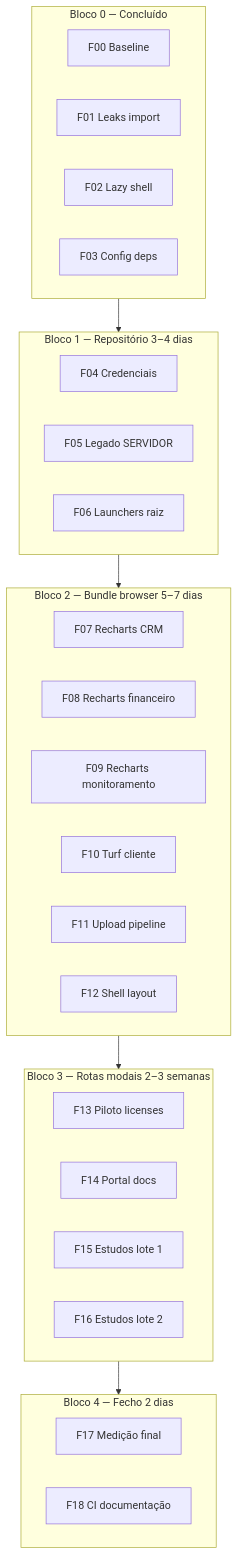
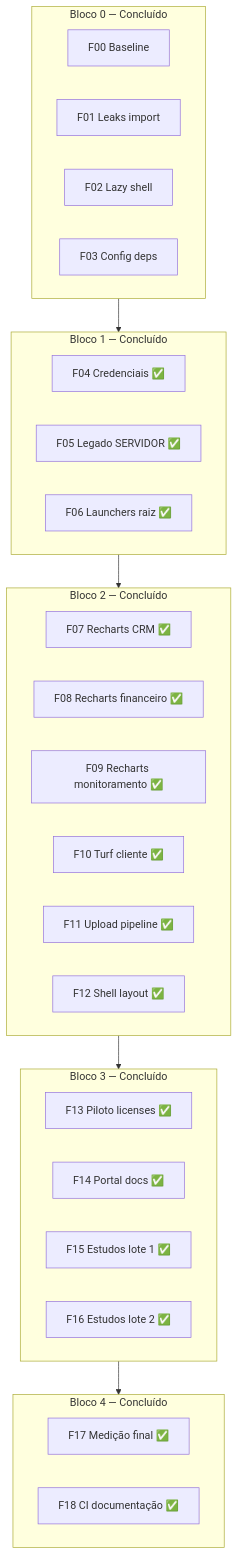
The diagram in docs/PERF-ROADMAP-DETALHADO.md (olimpiossdx/AmbientaR), drawn with Mermaid before and after one commit. The commit also changed other lines of this file and 7 other files, not shown here.

First line of the commit message:
docs(perf): fecha roadmap F00-G2 com scripts de debug e smoke

````diff
--- a/docs/PERF-ROADMAP-DETALHADO.md
+++ b/docs/PERF-ROADMAP-DETALHADO.md
@@ -32,33 +34,33 @@
 ```mermaid
 flowchart TB
   subgraph bloco0 [Bloco 0 — Concluído]
     F00[F00 Baseline]
     F01[F01 Leaks import]
     F02[F02 Lazy shell]
     F03[F03 Config deps]
   end
-  subgraph bloco1 [Bloco 1 — Repositório 3–4 dias]
-    F04[F04 Credenciais]
-    F05[F05 Legado SERVIDOR]
-    F06[F06 Launchers raiz]
+  subgraph bloco1 [Bloco 1 — Concluído]
+    F04[F04 Credenciais ✅]
+    F05[F05 Legado SERVIDOR ✅]
+    F06[F06 Launchers raiz ✅]
   end
-  subgraph bloco2 [Bloco 2 — Bundle browser 5–7 dias]
-    F07[F07 Recharts CRM]
-    F08[F08 Recharts financeiro]
-    F09[F09 Recharts monitoramento]
-    F10[F10 Turf cliente]
-    F11[F11 Upload pipeline]
-    F12[F12 Shell layout]
+  subgraph bloco2 [Bloco 2 — Concluído]
+    F07[F07 Recharts CRM ✅]
+    F08[F08 Recharts financeiro ✅]
+    F09[F09 Recharts monitoramento ✅]
+    F10[F10 Turf cliente ✅]
+    F11[F11 Upload pipeline ✅]
+    F12[F12 Shell layout ✅]
   end
-  subgraph bloco3 [Bloco 3 — Rotas modais 2–3 semanas]
-    F13[F13 Piloto licenses]
-    F14[F14 Portal docs]
-    F15[F15 Estudos lote 1]
-    F16[F16 Estudos lote 2]
+  subgraph bloco3 [Bloco 3 — Concluído]
+    F13[F13 Piloto licenses ✅]
+    F14[F14 Portal docs ✅]
+    F15[F15 Estudos lote 1 ✅]
+    F16[F16 Estudos lote 2 ✅]
   end
-  subgraph bloco4 [Bloco 4 — Fecho 2 dias]
-    F17[F17 Medição final]
-    F18[F18 CI documentação]
+  subgraph bloco4 [Bloco 4 — Concluído]
+    F17[F17 Medição final ✅]
+    F18[F18 CI documentação ✅]
   end
   bloco0 --> bloco1 --> bloco2 --> bloco3 --> bloco4
 ```
````
